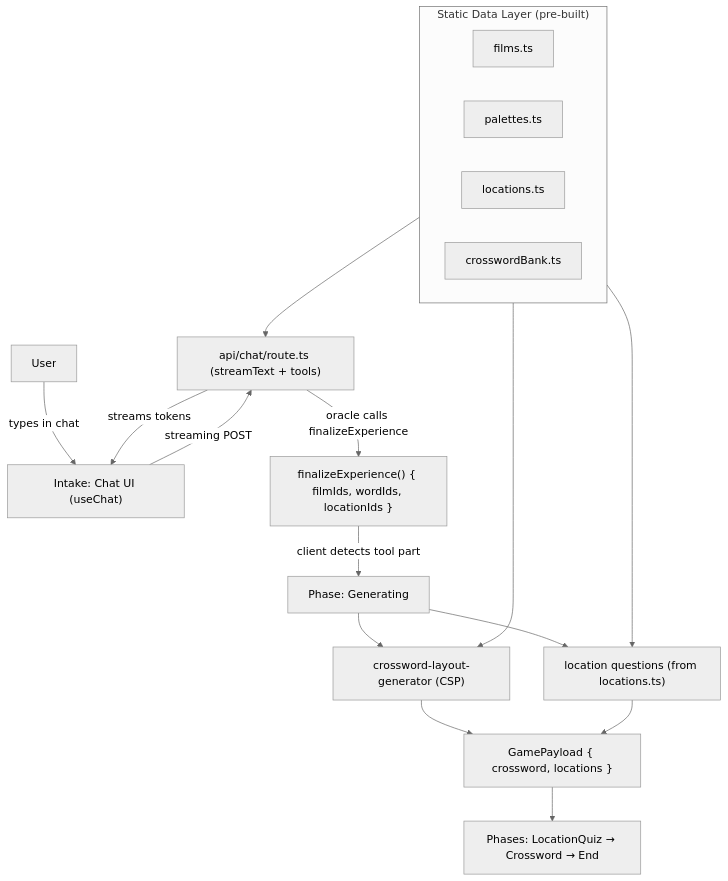
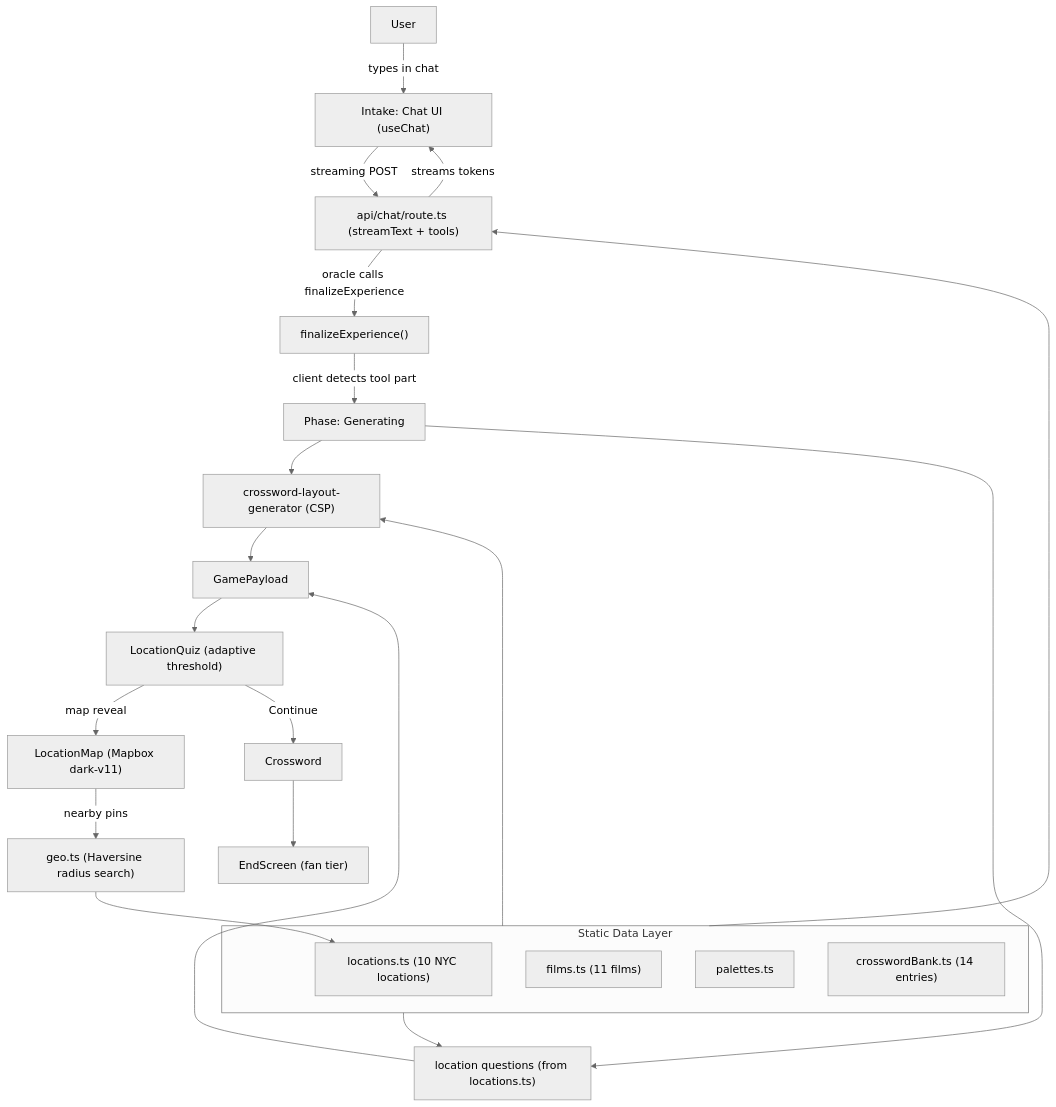
Before and after one commit to mite404/a24-puzzle: the second of 2 diagrams in docs/architecture-plan.md, drawn with Mermaid (neutral theme). The commit also changed other lines of this file and 1 other file, not shown here.

````diff
--- a/docs/architecture-plan.md
+++ b/docs/architecture-plan.md
@@ -134,22 +145,29 @@
 ```mermaid
 flowchart TD
     User["User"] -->|"types in chat"| ChatUI["Intake: Chat UI (useChat)"]
     ChatUI -->|"streaming POST"| ChatRoute["api/chat/route.ts (streamText + tools)"]
     ChatRoute -->|"streams tokens"| ChatUI
-    ChatRoute -->|"oracle calls finalizeExperience"| ToolCall["finalizeExperience() { filmIds, wordIds, locationIds }"]
+    ChatRoute -->|"oracle calls finalizeExperience"| ToolCall["finalizeExperience()"]
     ToolCall -->|"client detects tool part"| StateTransition["Phase: Generating"]
     StateTransition --> P1["crossword-layout-generator (CSP)"]
     StateTransition --> P2["location questions (from locations.ts)"]
-    P1 & P2 --> GamePayload["GamePayload { crossword, locations }"]
-    GamePayload --> Games["Phases: LocationQuiz → Crossword → End"]
+    P1 & P2 --> GamePayload["GamePayload"]
 
-    subgraph StaticData ["Static Data Layer (pre-built)"]
-        films["films.ts"]
+    GamePayload --> LocationQuiz["LocationQuiz (adaptive threshold)"]
+    LocationQuiz -->|"map reveal"| LocationMap["LocationMap (Mapbox dark-v11)"]
+    LocationMap -->|"nearby pins"| GeoUtil["geo.ts (Haversine radius search)"]
+    GeoUtil --> LocationData
+
+    LocationQuiz -->|"Continue"| Crossword["Crossword"]
+    Crossword --> EndScreen["EndScreen (fan tier)"]
+
+    subgraph StaticData ["Static Data Layer"]
+        films["films.ts (11 films)"]
         palettesData["palettes.ts"]
-        locationsData["locations.ts"]
-        crosswordBank["crosswordBank.ts"]
+        LocationData["locations.ts (10 NYC locations)"]
+        crosswordBank["crosswordBank.ts (14 entries)"]
     end
 
     StaticData --> ChatRoute
     StaticData --> P1 & P2
 ```
````
